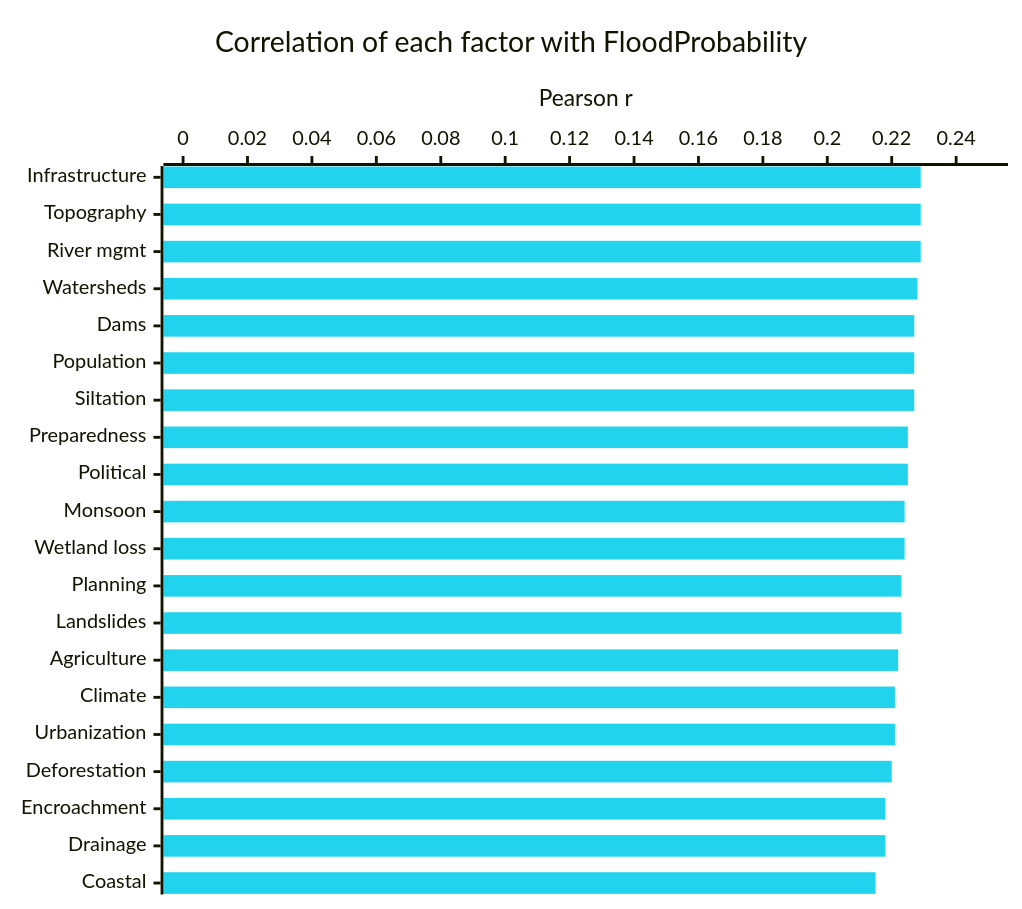
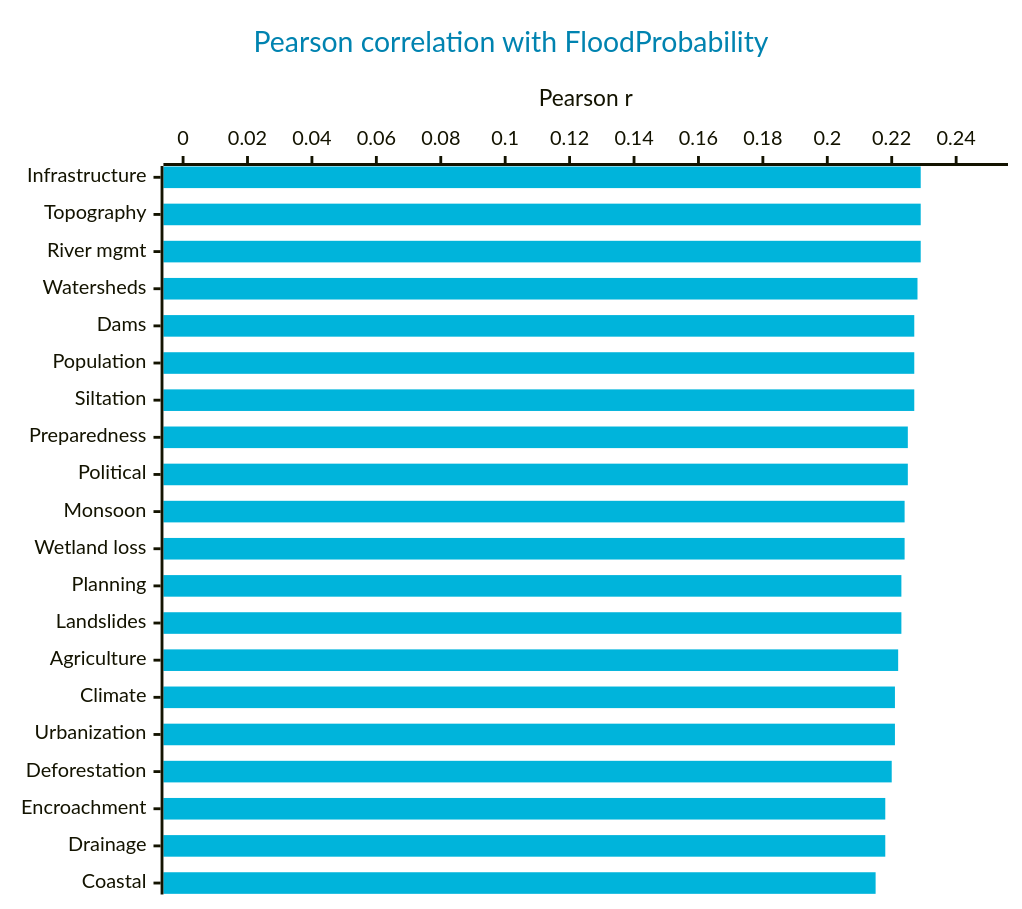
Before and after one commit to sabikswanan/Flood-Probability-Prediction-Using-ML: the third of 3 diagrams in README.md, drawn with Mermaid. The commit also changed other lines of this file, not shown here.

````diff
--- a/README.md
+++ b/README.md
@@ -156,8 +166,8 @@
 ```mermaid
-%%{init: {"xyChart": {"height": 620}, "themeVariables": {"xyChart": {"plotColorPalette": "#22d3ee"}}}}%%
+%%{init: {"xyChart": {"height": 620}, "themeVariables": {"xyChart": {"plotColorPalette": "#00B4DB", "titleColor": "#0083B0"}}}}%%
 xychart-beta horizontal
-    title "Correlation of each factor with FloodProbability"
+    title "Pearson correlation with FloodProbability"
     x-axis ["Infrastructure", "Topography", "River mgmt", "Watersheds", "Dams", "Population", "Siltation", "Preparedness", "Political", "Monsoon", "Wetland loss", "Planning", "Landslides", "Agriculture", "Climate", "Urbanization", "Deforestation", "Encroachment", "Drainage", "Coastal"]
     y-axis "Pearson r" 0 --> 0.25
     bar [0.229, 0.229, 0.229, 0.228, 0.227, 0.227, 0.227, 0.225, 0.225, 0.224, 0.224, 0.223, 0.223, 0.222, 0.221, 0.221, 0.220, 0.218, 0.218, 0.215]
 ```
````
